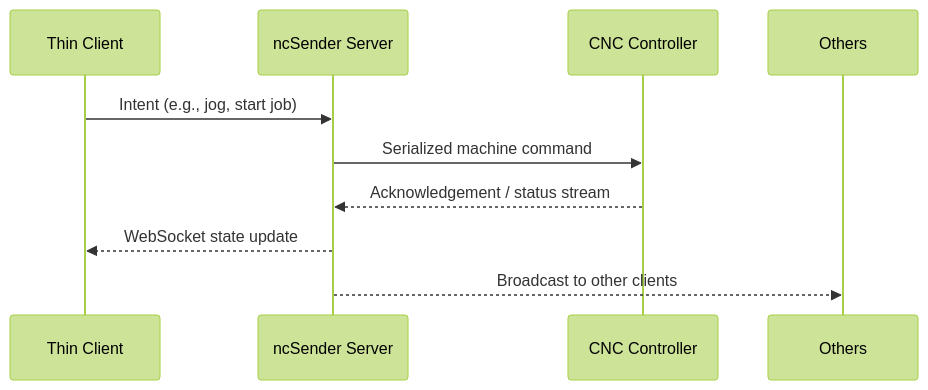
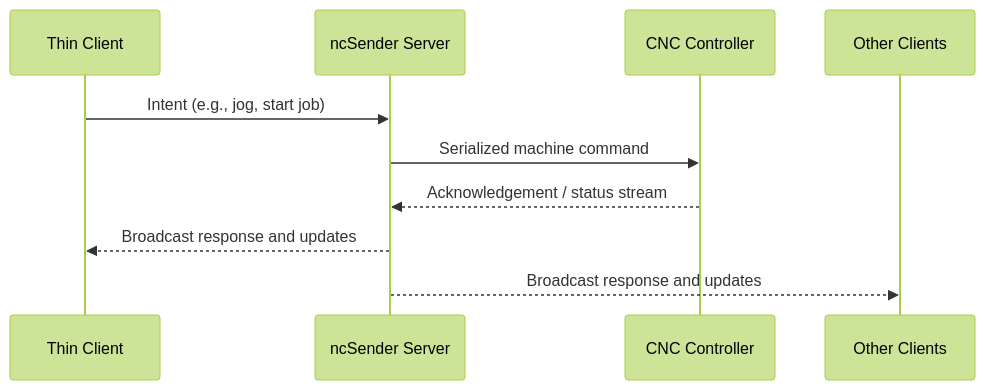
The second of 2 diagrams in docs/ARCHITECTURE.md (siganberg/ncSender), drawn with Mermaid (forest theme) before and after one commit.

Commit message:
Updated Command Lifecycle.

````diff
--- a/docs/ARCHITECTURE.md
+++ b/docs/ARCHITECTURE.md
@@ -42,12 +42,12 @@
 ```mermaid
 sequenceDiagram
     participant UI as Thin Client
     participant Hub as ncSender Server
     participant CNC as CNC Controller
 
     UI->>Hub: Intent (e.g., jog, start job)
     Hub->>CNC: Serialized machine command
     CNC-->>Hub: Acknowledgement / status stream
-    Hub-->>UI: WebSocket state update
-    Hub-->>Others: Broadcast to other clients
+    Hub-->>UI: Broadcast response and updates
+    Hub-->>Other Clients: Broadcast response and updates
 ```
````
